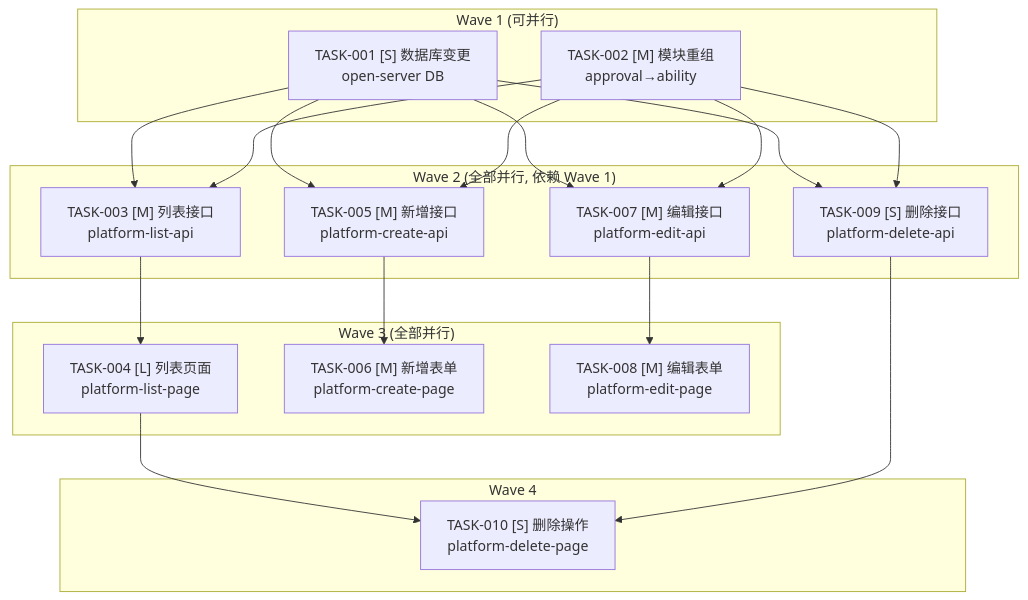
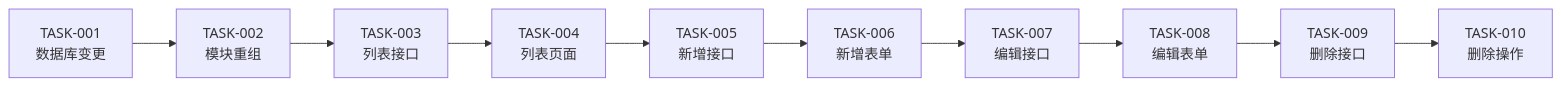
One commit to THZSummer/open-app changed the diagram in .sddu/specs-tree-root/specs-tree-ability-embedding/specs-tree-embedding-platform/tasks.md. Above: the diagram before and after it, drawn with Mermaid. The commit also changed other lines of this file and 69 other files, not shown here.

````diff
--- a/.sddu/specs-tree-root/specs-tree-ability-embedding/specs-tree-embedding-platform/tasks.md
+++ b/.sddu/specs-tree-root/specs-tree-ability-embedding/specs-tree-embedding-platform/tasks.md
@@ -34,34 +28,12 @@
 ```mermaid
-graph TB
-    subgraph Wave1["Wave 1 (可并行)"]
-        T001["TASK-001 [S] 数据库变更<br/>open-server DB"]
-        T002["TASK-002 [M] 模块重组<br/>approval→ability"]
-    end
-    subgraph Wave2["Wave 2 (全部并行, 依赖 Wave 1)"]
-        T003["TASK-003 [M] 列表接口<br/>platform-list-api"]
-        T005["TASK-005 [M] 新增接口<br/>platform-create-api"]
-        T007["TASK-007 [M] 编辑接口<br/>platform-edit-api"]
-        T009["TASK-009 [S] 删除接口<br/>platform-delete-api"]
-    end
-    subgraph Wave3["Wave 3 (全部并行)"]
-        T004["TASK-004 [L] 列表页面<br/>platform-list-page"]
-        T006["TASK-006 [M] 新增表单<br/>platform-create-page"]
-        T008["TASK-008 [M] 编辑表单<br/>platform-edit-page"]
-    end
-    subgraph Wave4["Wave 4"]
-        T010["TASK-010 [S] 删除操作<br/>platform-delete-page"]
-    end
-    T001 --> T003
-    T001 --> T005
-    T001 --> T007
-    T001 --> T009
-    T002 --> T003
-    T002 --> T005
-    T002 --> T007
-    T002 --> T009
-    T003 --> T004
-    T005 --> T006
-    T007 --> T008
-    T004 --> T010
-    T009 --> T010
+graph LR
+    T001["TASK-001<br/>数据库变更"] --> T002["TASK-002<br/>模块重组"]
+    T002 --> T003["TASK-003<br/>列表接口"]
+    T003 --> T004["TASK-004<br/>列表页面"]
+    T004 --> T005["TASK-005<br/>新增接口"]
+    T005 --> T006["TASK-006<br/>新增表单"]
+    T006 --> T007["TASK-007<br/>编辑接口"]
+    T007 --> T008["TASK-008<br/>编辑表单"]
+    T008 --> T009["TASK-009<br/>删除接口"]
+    T009 --> T010["TASK-010<br/>删除操作"]
 ```
````
